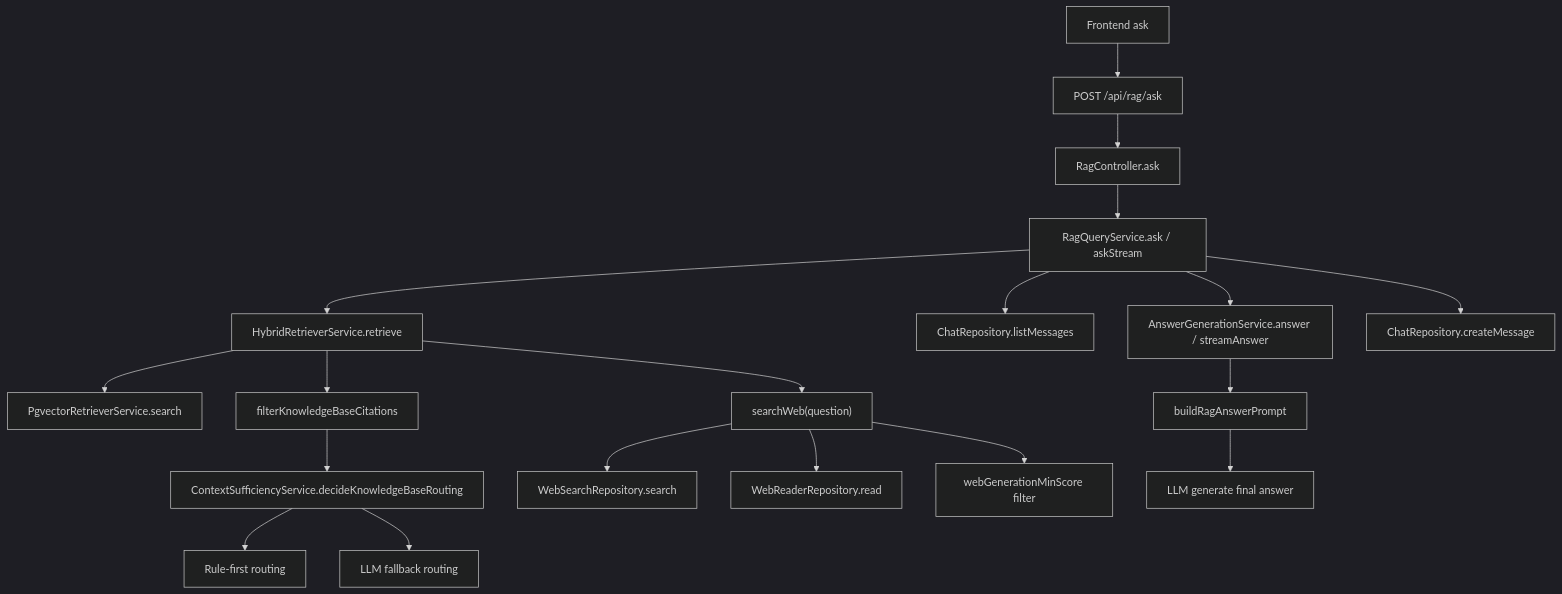
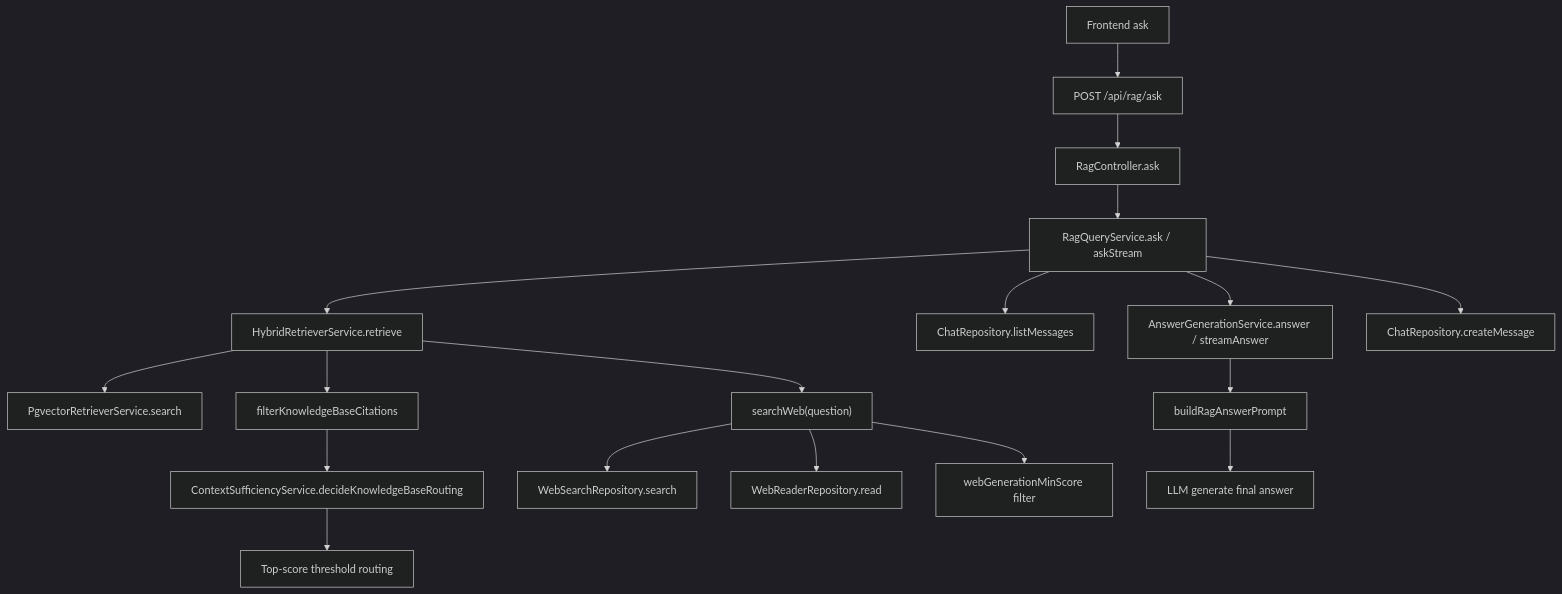
The diagram in docs/architecture/rag-routing-pipeline.md (Hugh-Shen/assistant), drawn with Mermaid (dark theme) before and after one commit. The commit also changed other lines of this file and 15 other files, not shown here.

````diff
--- a/docs/architecture/rag-routing-pipeline.md
+++ b/docs/architecture/rag-routing-pipeline.md
@@ -34,21 +33,20 @@
 ```mermaid
 flowchart TD
   A["Frontend ask"] --> B["POST /api/rag/ask"]
   B --> C["RagController.ask"]
   C --> D["RagQueryService.ask / askStream"]
   D --> E["HybridRetrieverService.retrieve"]
   E --> F["PgvectorRetrieverService.search"]
   E --> G["filterKnowledgeBaseCitations"]
   G --> H["ContextSufficiencyService.decideKnowledgeBaseRouting"]
-  H --> I["Rule-first routing"]
-  H --> J["LLM fallback routing"]
+  H --> I["Top-score threshold routing"]
   E --> K["searchWeb(question)"]
   K --> L["WebSearchRepository.search"]
   K --> M["WebReaderRepository.read"]
   K --> N["webGenerationMinScore filter"]
   D --> O["ChatRepository.listMessages"]
   D --> P["AnswerGenerationService.answer / streamAnswer"]
   P --> Q["buildRagAnswerPrompt"]
   Q --> R["LLM generate final answer"]
   D --> S["ChatRepository.createMessage"]
 ```
````
